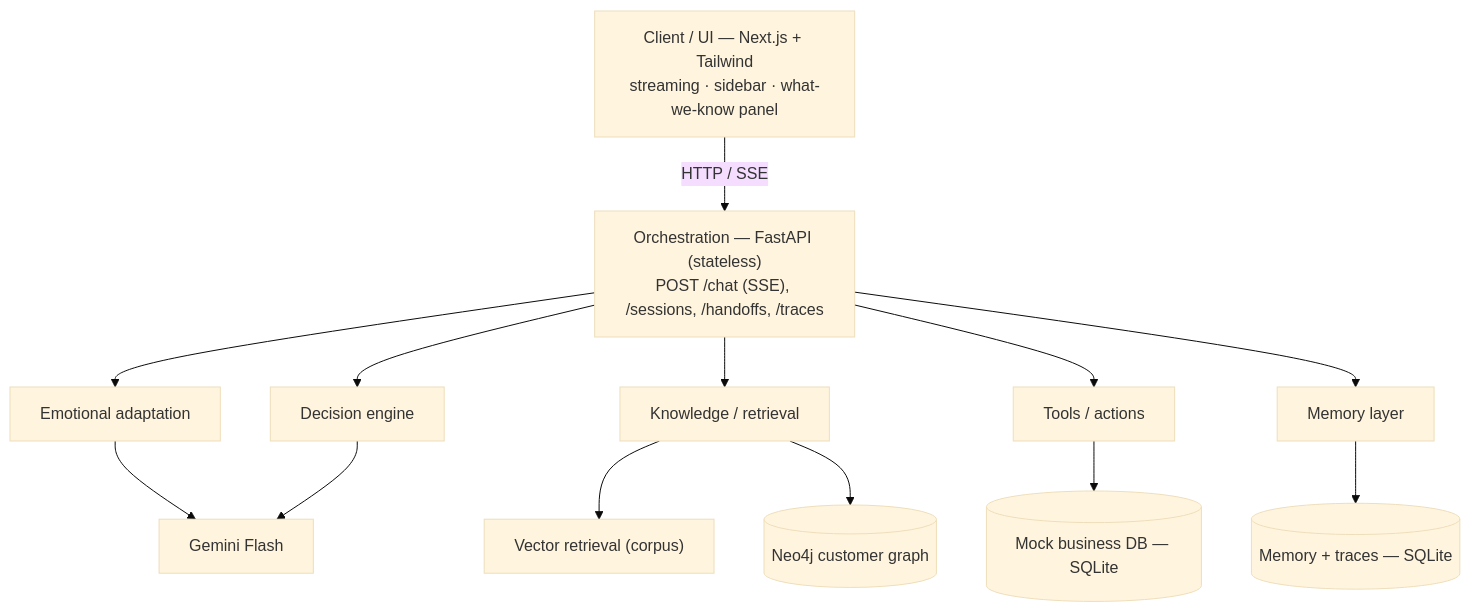
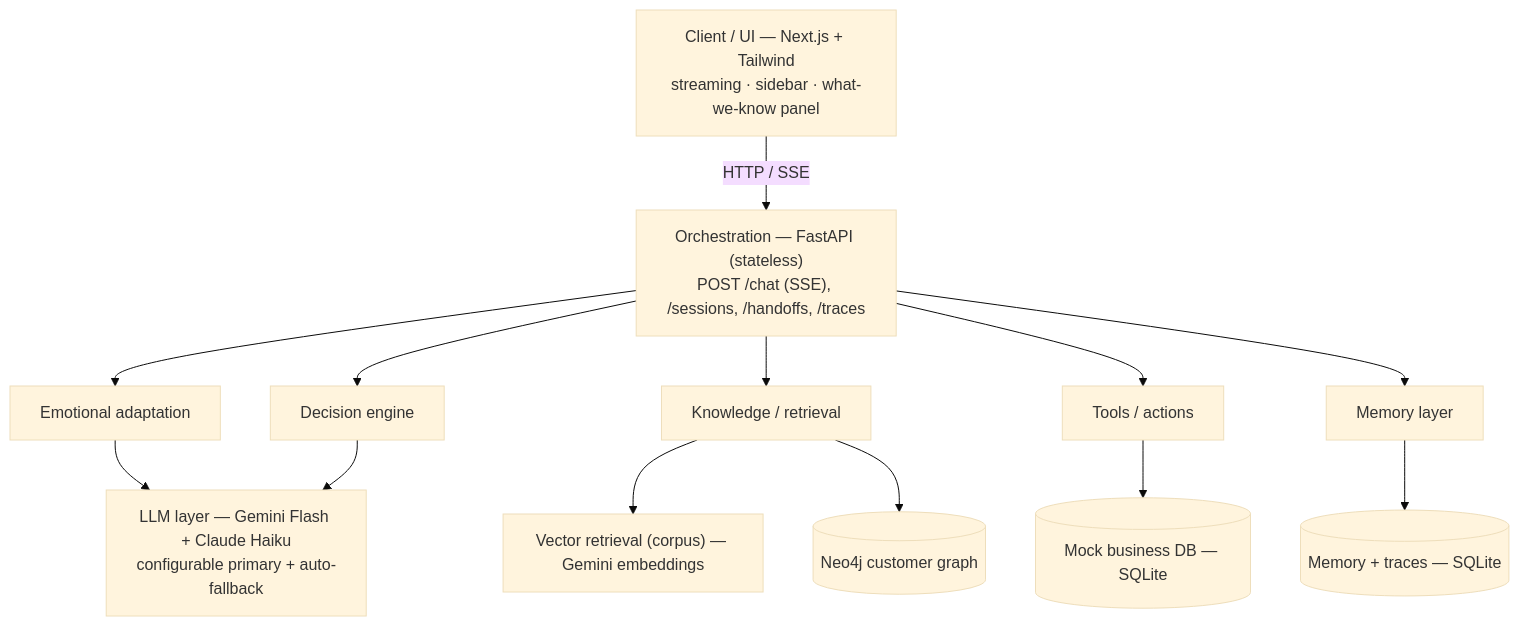
Before and after one commit to cooldudeayush/customer_care_bot: the diagram in docs/architecture.md, drawn with Mermaid (base theme). The commit also changed other lines of this file and 1 other file, not shown here.

First line of the commit message:
docs: reflect dual-provider LLM (Gemini + Claude Haiku, configurable primary)

````diff
--- a/docs/architecture.md
+++ b/docs/architecture.md
@@ -26,17 +26,17 @@
 ```mermaid
 flowchart TB
     UI["Client / UI — Next.js + Tailwind<br/>streaming · sidebar · what-we-know panel"]
     API["Orchestration — FastAPI (stateless)<br/>POST /chat (SSE), /sessions, /handoffs, /traces"]
     UI -->|HTTP / SSE| API
     API --> EMO["Emotional adaptation"]
     API --> KN["Knowledge / retrieval"]
     API --> DEC["Decision engine"]
     API --> TOOL["Tools / actions"]
     API --> MEML["Memory layer"]
-    EMO --> GEM["Gemini Flash"]
-    KN --> RAG["Vector retrieval (corpus)"]
+    EMO --> GEM["LLM layer — Gemini Flash + Claude Haiku<br/>configurable primary + auto-fallback"]
+    KN --> RAG["Vector retrieval (corpus) — Gemini embeddings"]
     KN --> NEO[("Neo4j customer graph")]
     DEC --> GEM
     TOOL --> BIZ[("Mock business DB — SQLite")]
     MEML --> MEM[("Memory + traces — SQLite")]
 ```
````
